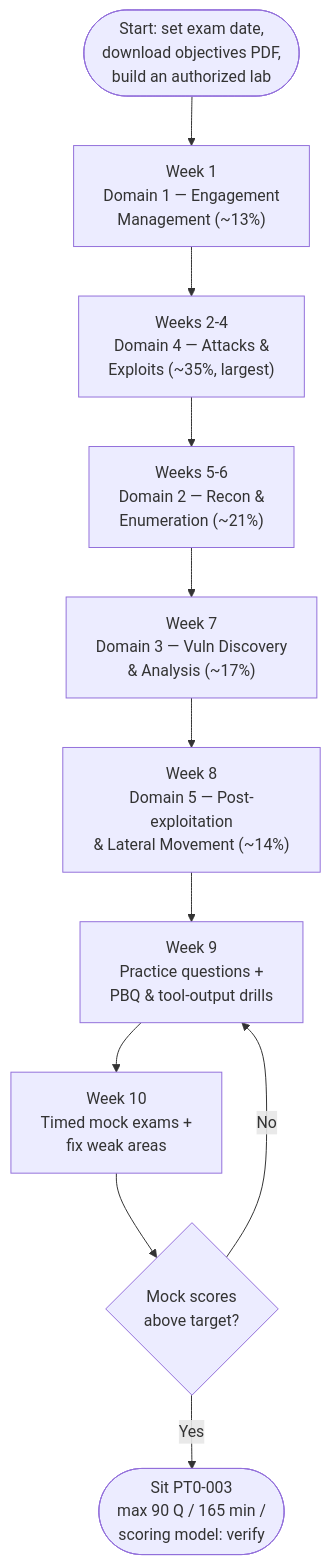
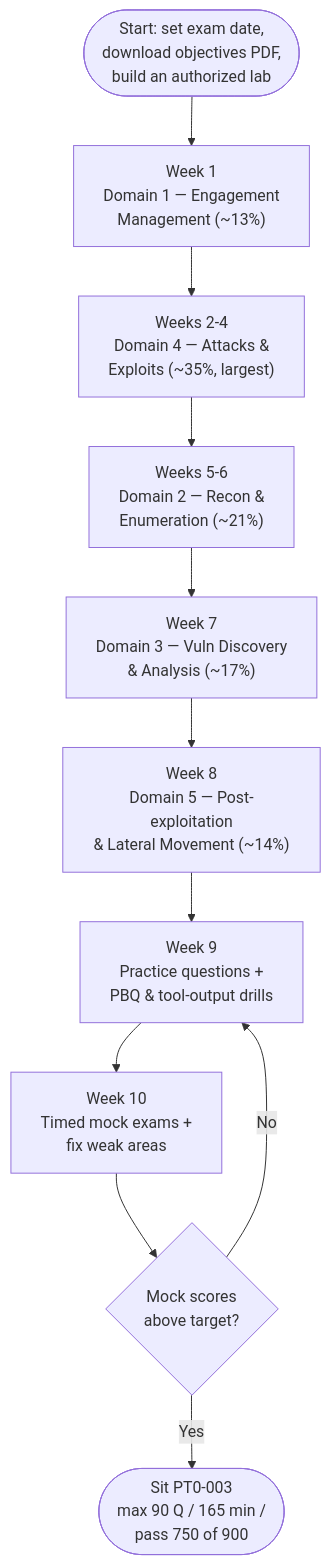
The diagram in certs/pentest-plus/exam-prep/study-plan.md (morandeirachema/CyberCerts), drawn with Mermaid before and after one commit. The commit also changed other lines of this file and 99 other files, not shown here.

````diff
--- a/certs/pentest-plus/exam-prep/study-plan.md
+++ b/certs/pentest-plus/exam-prep/study-plan.md
@@ -45,13 +45,13 @@
 ```mermaid
 flowchart TD
     Start(["Start: set exam date,<br/>download objectives PDF,<br/>build an authorized lab"]) --> D1["Week 1<br/>Domain 1 — Engagement<br/>Management (~13%)"]
     D1 --> D4["Weeks 2-4<br/>Domain 4 — Attacks &amp;<br/>Exploits (~35%, largest)"]
     D4 --> D2["Weeks 5-6<br/>Domain 2 — Recon &amp;<br/>Enumeration (~21%)"]
     D2 --> D3["Week 7<br/>Domain 3 — Vuln Discovery<br/>&amp; Analysis (~17%)"]
     D3 --> D5["Week 8<br/>Domain 5 — Post-exploitation<br/>&amp; Lateral Movement (~14%)"]
     D5 --> Practice["Week 9<br/>Practice questions +<br/>PBQ &amp; tool-output drills"]
     Practice --> Polish["Week 10<br/>Timed mock exams +<br/>fix weak areas"]
     Polish --> Ready{"Mock scores<br/>above target?"}
     Ready -->|"No"| Practice
-    Ready -->|"Yes"| Exam(["Sit PT0-003<br/>max 90 Q / 165 min /<br/>scoring model: verify"])
+    Ready -->|"Yes"| Exam(["Sit PT0-003<br/>max 90 Q / 165 min /<br/>pass 750 of 900"])
 ```
````
